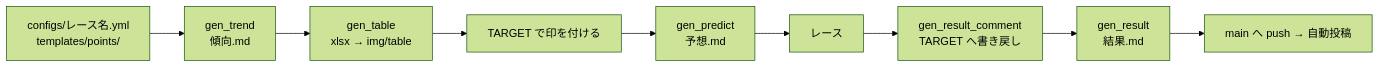
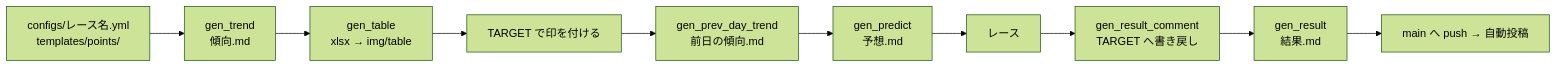
One commit to Kubo-Tech/g1-predict changed the diagram in docs/workflow.md. Above: the diagram before and after it, drawn with Mermaid (forest theme). The commit also changed other lines of this file and 3 other files, not shown here.

````diff
--- a/docs/workflow.md
+++ b/docs/workflow.md
@@ -5,11 +5,12 @@
 ```mermaid
 flowchart LR
     A[configs/レース名.yml<br/>templates/points/] --> B[gen_trend<br/>傾向.md]
     B --> C[gen_table<br/>xlsx → img/table]
     C --> D[TARGET で印を付ける]
-    D --> E[gen_predict<br/>予想.md]
+    D --> P[gen_prev_day_trend<br/>前日の傾向.md]
+    P --> E[gen_predict<br/>予想.md]
     E --> F[レース]
     F --> G[gen_result_comment<br/>TARGET へ書き戻し]
     G --> H[gen_result<br/>結果.md]
     H --> I[main へ push → 自動投稿]
 ```
````
